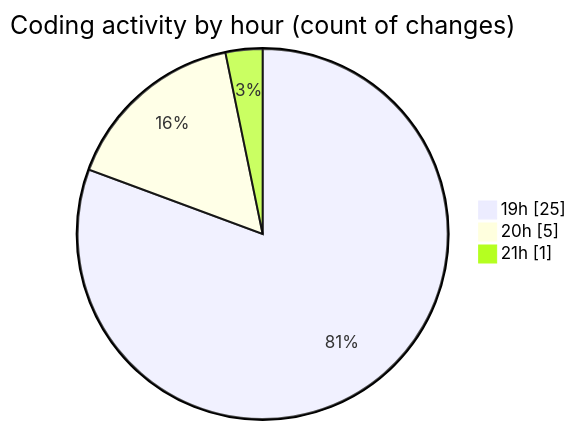
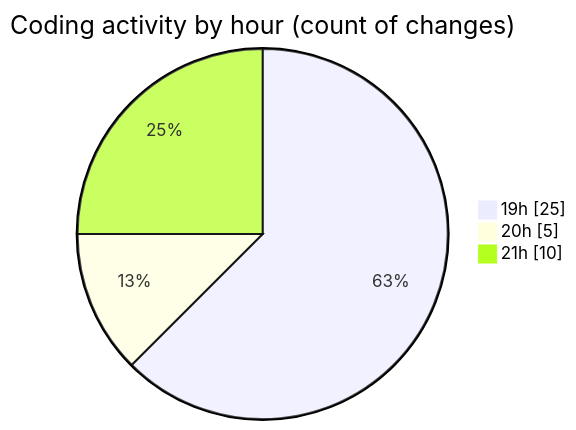
Before and after one commit to momahboobian/code-tracking: the second of 2 diagrams in 2025-02-28/cda/README.md, drawn with Mermaid. The commit also changed other lines of this file and 1 other file, not shown here.

````diff
--- a/2025-02-28/cda/README.md
+++ b/2025-02-28/cda/README.md
@@ -34,7 +34,7 @@
 ```mermaid
 pie showData
 title Coding activity by hour (count of changes)
 "19h" : 25
 "20h" : 5
-"21h" : 1
+"21h" : 10
 ```
````
